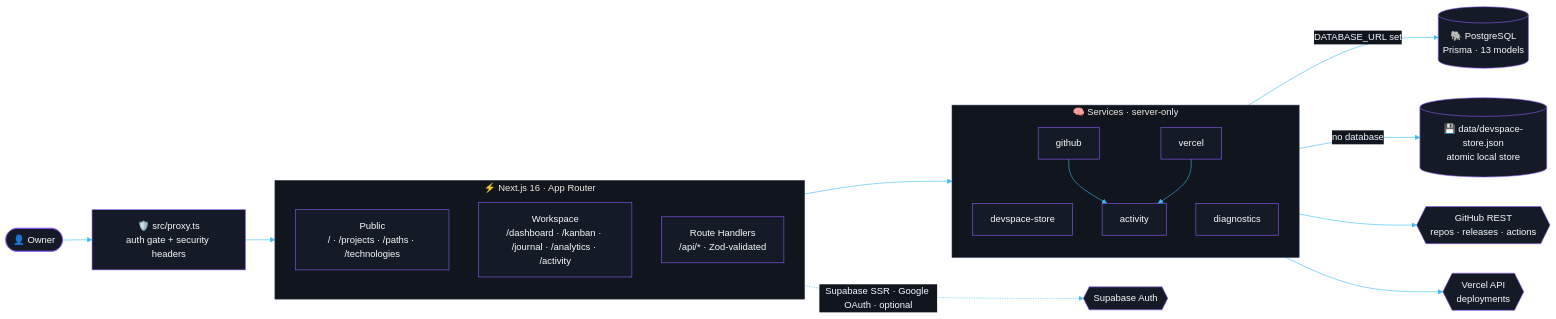
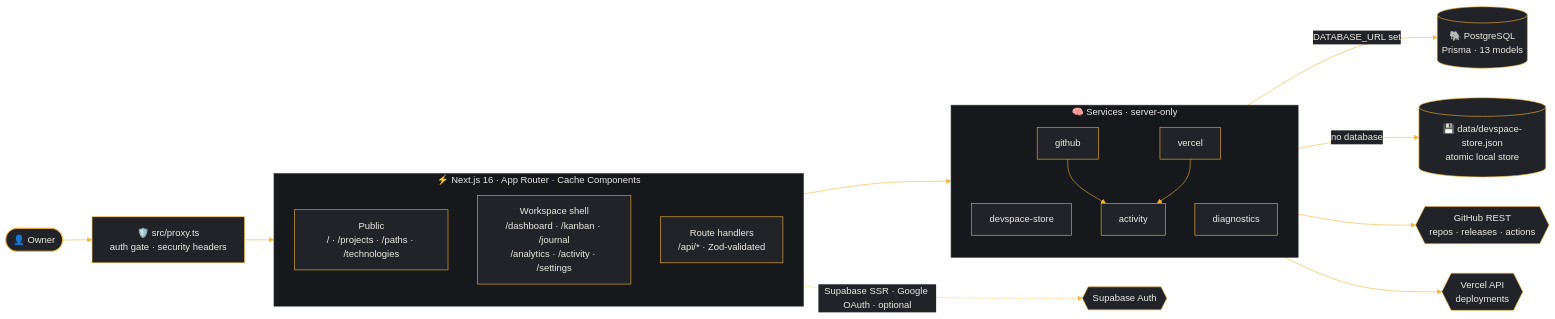
One commit to arman080325/arman-devspace changed the diagram in README.md. Above: the diagram before and after it, drawn with Mermaid. The commit also changed other lines of this file and 16 other files, not shown here.

````diff
--- a/README.md
+++ b/README.md
@@ -318,31 +357,31 @@
 ```mermaid
-%%{init: {"theme":"base","themeVariables":{"background":"#0B0D12","primaryColor":"#151B26","primaryTextColor":"#F8FAFC","primaryBorderColor":"#8B5CF6","secondaryColor":"#11151D","tertiaryColor":"#11151D","lineColor":"#38BDF8","clusterBkg":"#11151D","clusterBorder":"#263244","fontFamily":"ui-monospace, SFMono-Regular, Menlo, monospace"}}}%%
+%%{init: {"theme":"base","themeVariables":{"background":"#1a1c20","primaryColor":"#212328","primaryTextColor":"#eceae4","primaryBorderColor":"#f2b63c","secondaryColor":"#16181b","tertiaryColor":"#16181b","lineColor":"#f2b63c","clusterBkg":"#16181b","clusterBorder":"#3a3e45","edgeLabelBackground":"#212328","fontFamily":"ui-monospace, SFMono-Regular, Menlo, monospace"}}}%%
 flowchart LR
-    U(["👤 Owner"]) --> PX["🛡️ src/proxy.ts<br/>auth gate + security headers"]
+    U(["👤 Owner"]) --> PX["🛡️ src/proxy.ts<br/>auth gate · security headers"]
     PX --> APP
 
-    subgraph APP["⚡ Next.js 16 · App Router"]
+    subgraph APP["⚡ Next.js 16 · App Router · Cache Components"]
         direction TB
         PUB["Public<br/>/ · /projects · /paths · /technologies"]
-        PRIV["Workspace<br/>/dashboard · /kanban · /journal · /analytics · /activity"]
-        API["Route Handlers<br/>/api/*  ·  Zod-validated"]
+        PRIV["Workspace shell<br/>/dashboard · /kanban · /journal<br/>/analytics · /activity · /settings"]
+        API["Route handlers<br/>/api/* · Zod-validated"]
     end
 
     API --> SVC
 
     subgraph SVC["🧠 Services · server-only"]
         direction TB
         STORE["devspace-store"]
         GH["github"]
         VC["vercel"]
         ACT["activity"]
         DIAG["diagnostics"]
     end
 
     STORE -->|DATABASE_URL set| PG[("🐘 PostgreSQL<br/>Prisma · 13 models")]
     STORE -->|no database| JSON[("💾 data/devspace-store.json<br/>atomic local store")]
     GH --> GHAPI{{"GitHub REST<br/>repos · releases · actions"}}
     VC --> VAPI{{"Vercel API<br/>deployments"}}
     GH & VC --> ACT
     PRIV -.->|"Supabase SSR · Google OAuth · optional"| SB{{"Supabase Auth"}}
 ```
````
